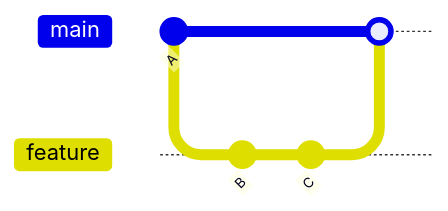
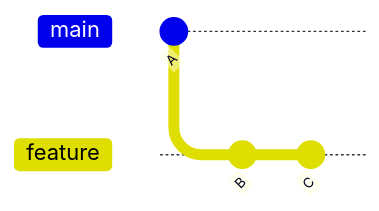
The second of 4 diagrams in docs/guide/branching.md (ykgw-daiki-nakamura/nakamura-git-tutorial), drawn with Mermaid before and after one commit. The commit also changed other lines of this file and 2 other files, not shown here.

Commit message:
docs(guide): マージ概念の gitGraph 図解を強化（FF/3-way・マージ方式・rebase 整合）

````diff
--- a/docs/guide/branching.md
+++ b/docs/guide/branching.md
@@ -51,10 +53,8 @@
 ```mermaid
 gitGraph
     commit id: "A"
     branch feature
     checkout feature
     commit id: "B"
     commit id: "C"
-    checkout main
-    merge feature
 ```
````
